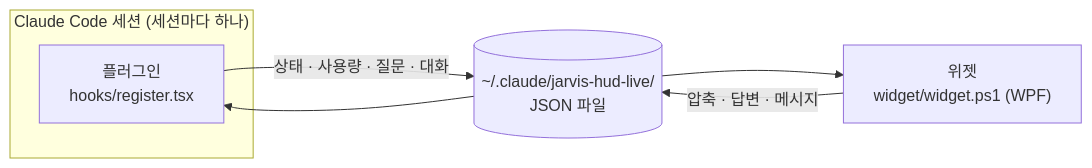
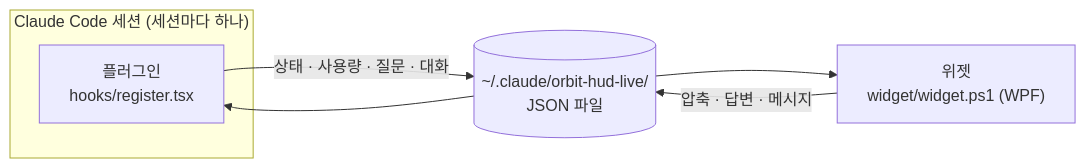
The diagram in README.md (Lab-Dawn/orbit-hud), drawn with Mermaid before and after one commit. The commit also changed other lines of this file and 8 other files, not shown here.

First line of the commit message:
Rename to orbit-hud; notices can be closed

````diff
--- a/README.md
+++ b/README.md
@@ -119,12 +119,12 @@
 ```mermaid
 flowchart LR
   subgraph S["Claude Code 세션 (세션마다 하나)"]
     P["플러그인<br/>hooks/register.tsx"]
   end
-  F[("~/.claude/jarvis-hud-live/<br/>JSON 파일")]
+  F[("~/.claude/orbit-hud-live/<br/>JSON 파일")]
   W["위젯<br/>widget/widget.ps1 (WPF)"]
   P -- "상태 · 사용량 · 질문 · 대화" --> F
   F --> W
   W -- "압축 · 답변 · 메시지" --> F
   F --> P
 ```
````
